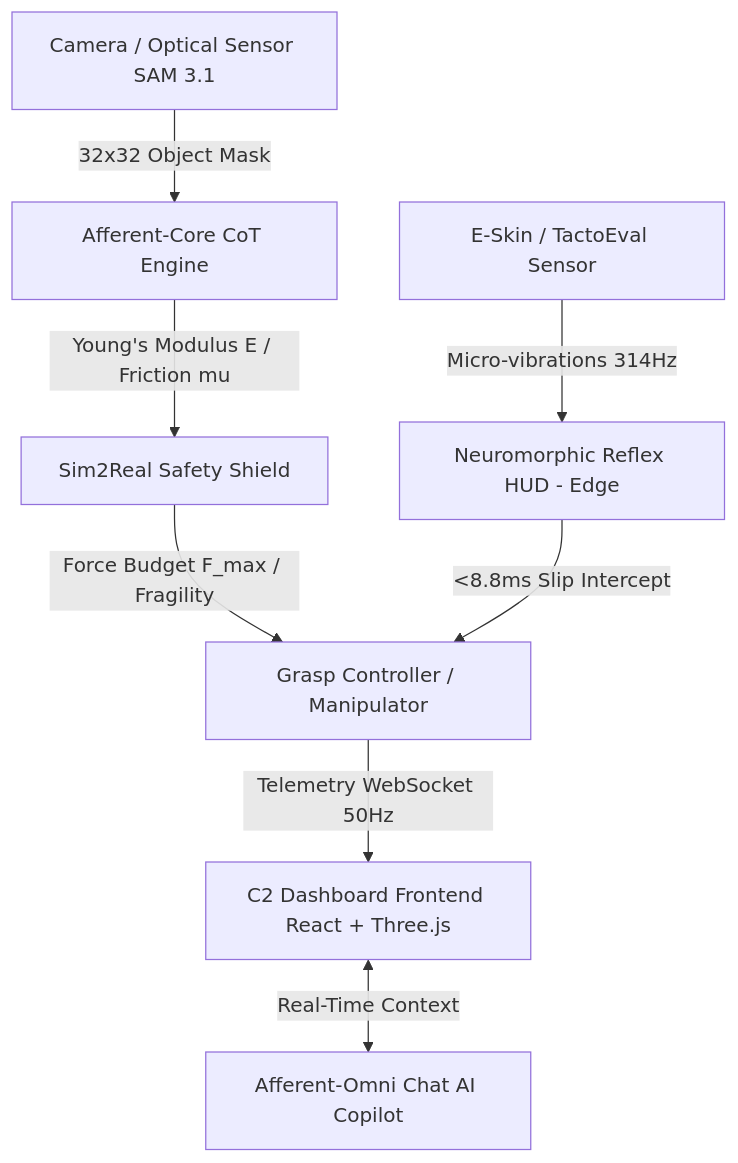
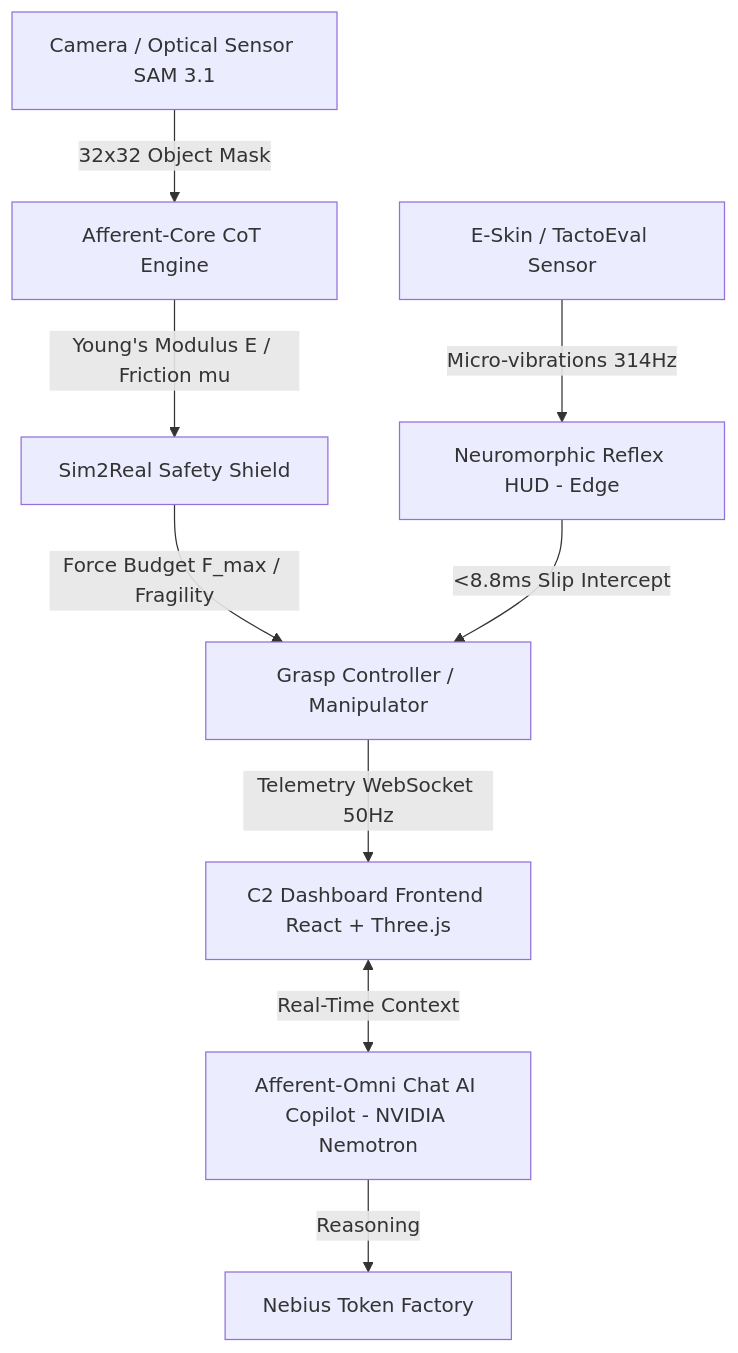
Before and after one commit to raulrodriguezmesia-blip/afferent-omni: the diagram in README.md, drawn with Mermaid. The commit also changed other lines of this file and 9 other files, not shown here.

Commit message:
feat: Nebius x NVIDIA hackathon prep — Nemotron chat integration, model status panel, Docker deployment, updated README with Physical AI Track

````diff
--- a/README.md
+++ b/README.md
@@ -34,10 +80,11 @@
 ```mermaid
 graph TD
     A[Camera / Optical Sensor SAM 3.1] -->|32x32 Object Mask| B[Afferent-Core CoT Engine]
     B -->|Young's Modulus E / Friction mu| C[Sim2Real Safety Shield]
     C -->|Force Budget F_max / Fragility| D[Grasp Controller / Manipulator]
     E[E-Skin / TactoEval Sensor] -->|Micro-vibrations 314Hz| F[Neuromorphic Reflex HUD - Edge]
     F -->|<8.8ms Slip Intercept| D
     D -->|Telemetry WebSocket 50Hz| G[C2 Dashboard Frontend React + Three.js]
-    G <-->|Real-Time Context| H[Afferent-Omni Chat AI Copilot]
+    G <-->|Real-Time Context| H[Afferent-Omni Chat AI Copilot - NVIDIA Nemotron]
+    H -->|Reasoning| I[Nebius Token Factory]
 ```
````
